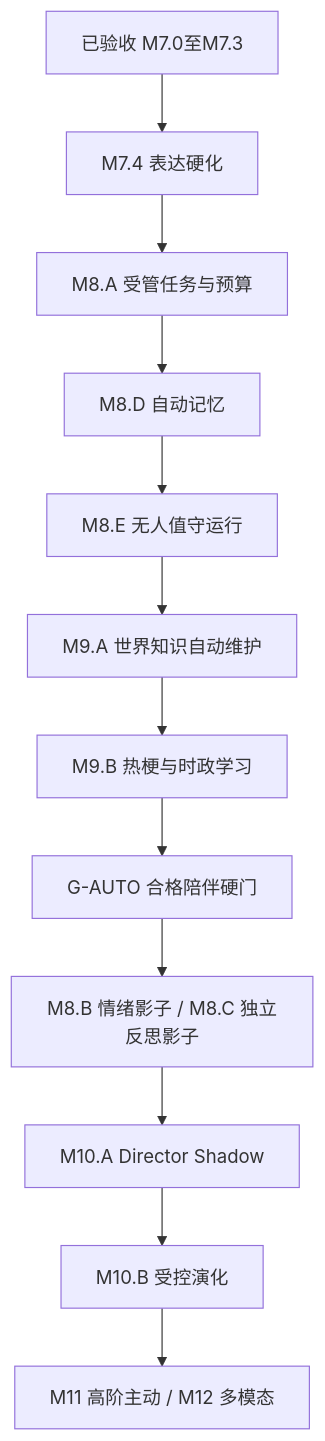
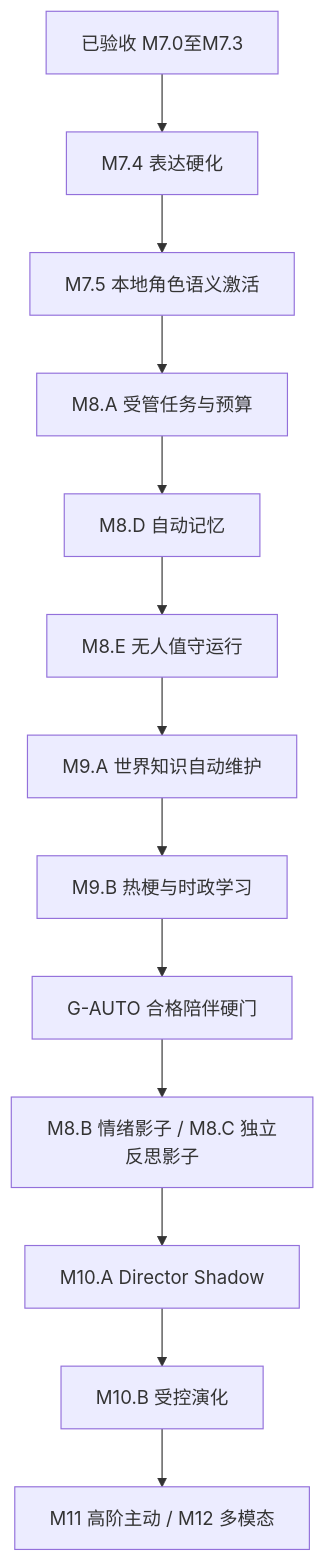
The diagram in docs/施工总计划/02-总施工路线图.md (FoxofCAUC/Persona-Centric-Agent-Runtime), drawn with Mermaid before and after one commit. The commit also changed other lines of this file and 27 other files, not shown here.

````diff
--- a/docs/施工总计划/02-总施工路线图.md
+++ b/docs/施工总计划/02-总施工路线图.md
@@ -29,14 +35,15 @@
 ```mermaid
 flowchart TD
   A[已验收 M7.0至M7.3] --> B[M7.4 表达硬化]
-  B --> C[M8.A 受管任务与预算]
+  B --> V[M7.5 本地角色语义激活]
+  V --> C[M8.A 受管任务与预算]
   C --> D[M8.D 自动记忆]
   D --> E[M8.E 无人值守运行]
   E --> F[M9.A 世界知识自动维护]
   F --> G[M9.B 热梗与时政学习]
   G --> H[G-AUTO 合格陪伴硬门]
   H --> I[M8.B 情绪影子 / M8.C 独立反思影子]
   I --> J[M10.A Director Shadow]
   J --> K[M10.B 受控演化]
   K --> L[M11 高阶主动 / M12 多模态]
 ```
````
